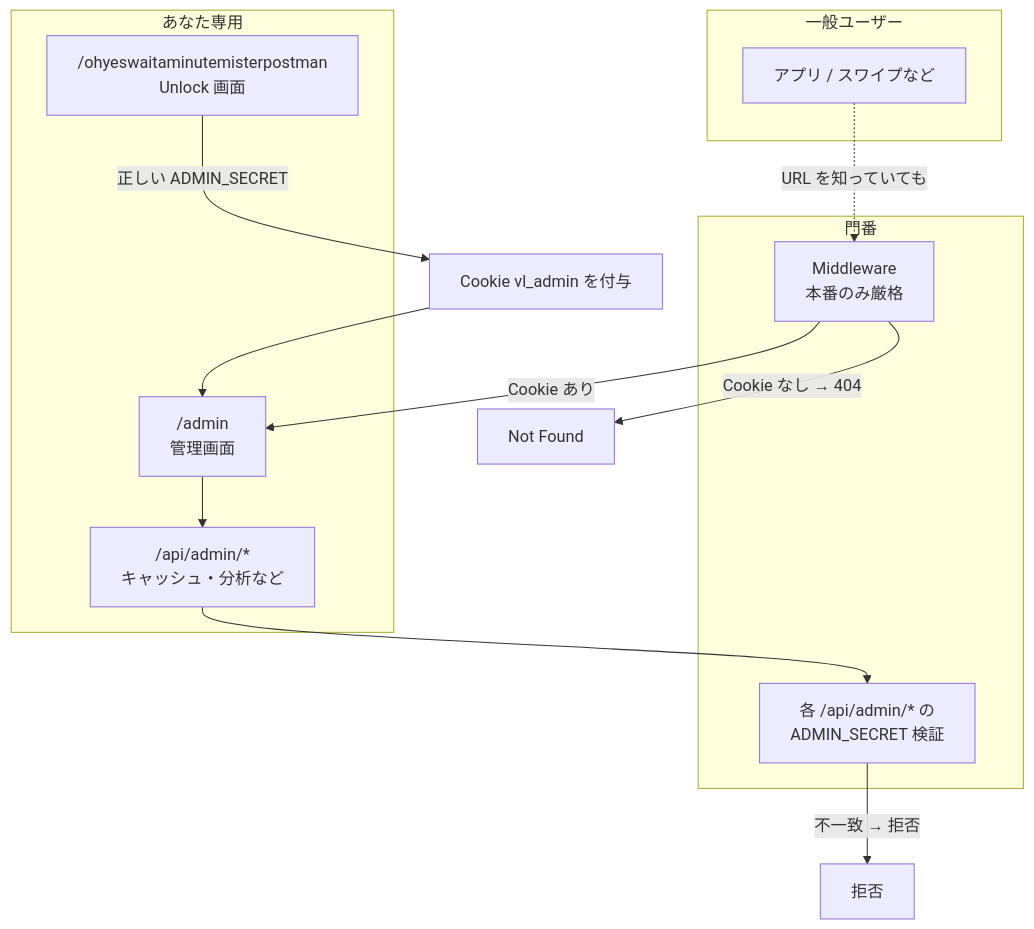
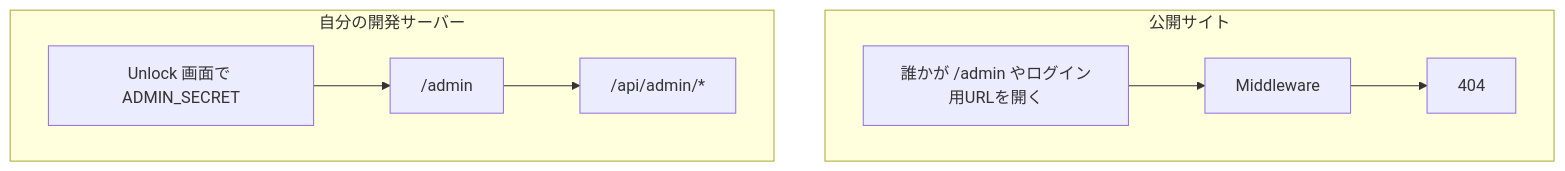
The first of 4 diagrams in ADMIN_ACCESS_FLOW.md (nobu0903/tinder-googlemap), drawn with Mermaid before and after one commit. The commit also changed other lines of this file and 8 other files, not shown here.

First line of the commit message:
fix: keep the admin screen off the public site

````diff
--- a/ADMIN_ACCESS_FLOW.md
+++ b/ADMIN_ACCESS_FLOW.md
@@ -21,26 +21,16 @@
 ```mermaid
 flowchart TB
-  subgraph public [一般ユーザー]
-    U[アプリ / スワイプなど]
+  subgraph public [公開サイト]
+    U[誰かが /admin やログイン用URLを開く]
+    MW[Middleware]
+    X[404]
+    U --> MW --> X
   end
 
-  subgraph gate [門番]
-    MW[Middleware<br/>本番のみ厳格]
-    APIAUTH[各 /api/admin/* の<br/>ADMIN_SECRET 検証]
+  subgraph local [自分の開発サーバー]
+    UNLOCK[Unlock 画面で ADMIN_SECRET]
+    PAGE["/admin"]
+    APIS["/api/admin/*"]
+    UNLOCK --> PAGE --> APIS
   end
-
-  subgraph admin [あなた専用]
-    UNLOCK["/ohyeswaitaminutemisterpostman<br/>Unlock 画面"]
-    PAGE["/admin<br/>管理画面"]
-    APIS["/api/admin/*<br/>キャッシュ・分析など"]
-  end
-
-  U -.->|URL を知っていても| MW
-  MW -->|Cookie なし → 404| X[Not Found]
-  MW -->|Cookie あり| PAGE
-  UNLOCK -->|正しい ADMIN_SECRET| COOKIE[Cookie vl_admin を付与]
-  COOKIE --> PAGE
-  PAGE --> APIS
-  APIS --> APIAUTH
-  APIAUTH -->|不一致 → 拒否| Y[拒否]
 ```
````
